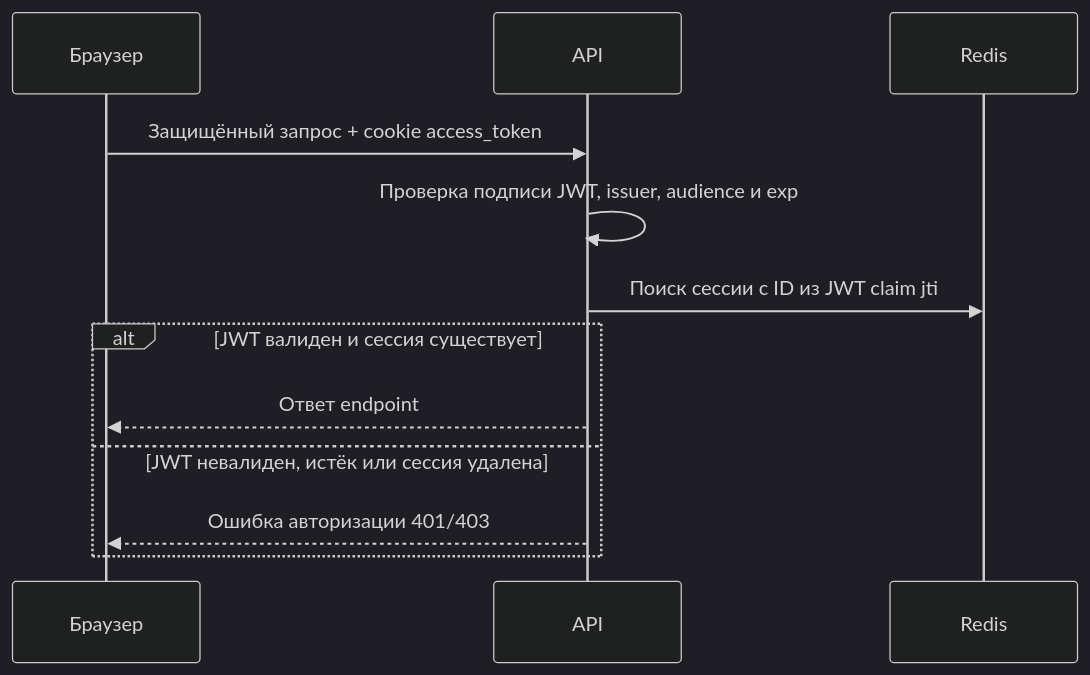
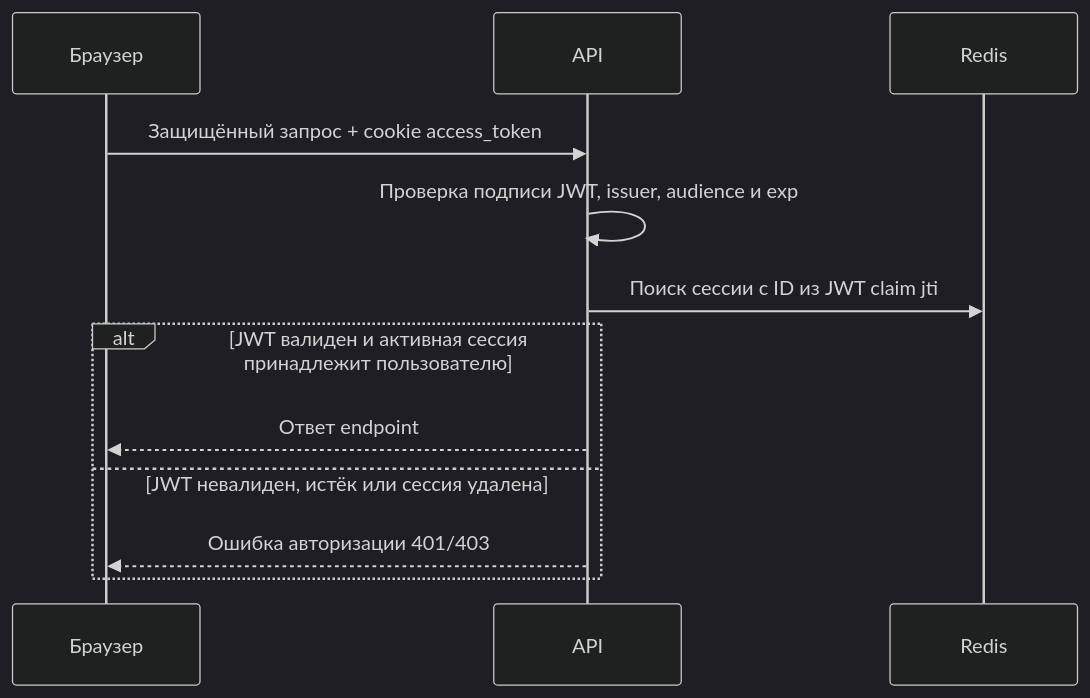
One commit to ViaCode-Team/ViaTradeBackend changed the third of 4 diagrams in docs/auth.md. Above: the diagram before and after it, drawn with Mermaid (dark theme). The commit also changed other lines of this file and 283 other files, not shown here.

````diff
--- a/docs/auth.md
+++ b/docs/auth.md
@@ -156,15 +158,15 @@
 ```mermaid
 sequenceDiagram
     participant B as Браузер
     participant API as API
     participant R as Redis
 
     B->>API: Защищённый запрос + cookie access_token
     API->>API: Проверка подписи JWT, issuer, audience и exp
     API->>R: Поиск сессии с ID из JWT claim jti
-    alt JWT валиден и сессия существует
+    alt JWT валиден и активная сессия принадлежит пользователю
         API-->>B: Ответ endpoint
     else JWT невалиден, истёк или сессия удалена
         API-->>B: Ошибка авторизации 401/403
     end
 ```
````
